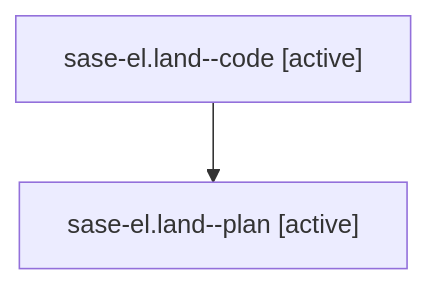
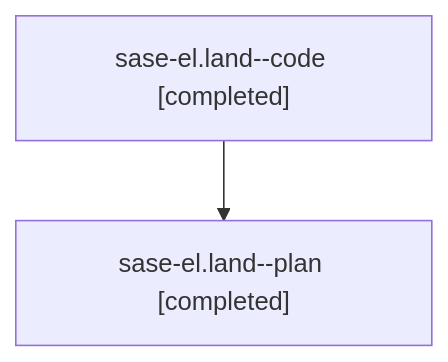
Before and after one commit to sase-org/sase--agents: the diagram in families/bbugyi200.athena.sase-el.land.md, drawn with Mermaid. The commit also changed other lines of this file and 15 other files, not shown here.

````diff
--- a/families/bbugyi200.athena.sase-el.land.md
+++ b/families/bbugyi200.athena.sase-el.land.md
@@ -9,6 +9,6 @@
 ```mermaid
 flowchart TD
-  n0["sase-el.land--code [active]"]
-  n1["sase-el.land--plan [active]"]
+  n0["sase-el.land--code [completed]"]
+  n1["sase-el.land--plan [completed]"]
   n0 --> n1
 ```
````
